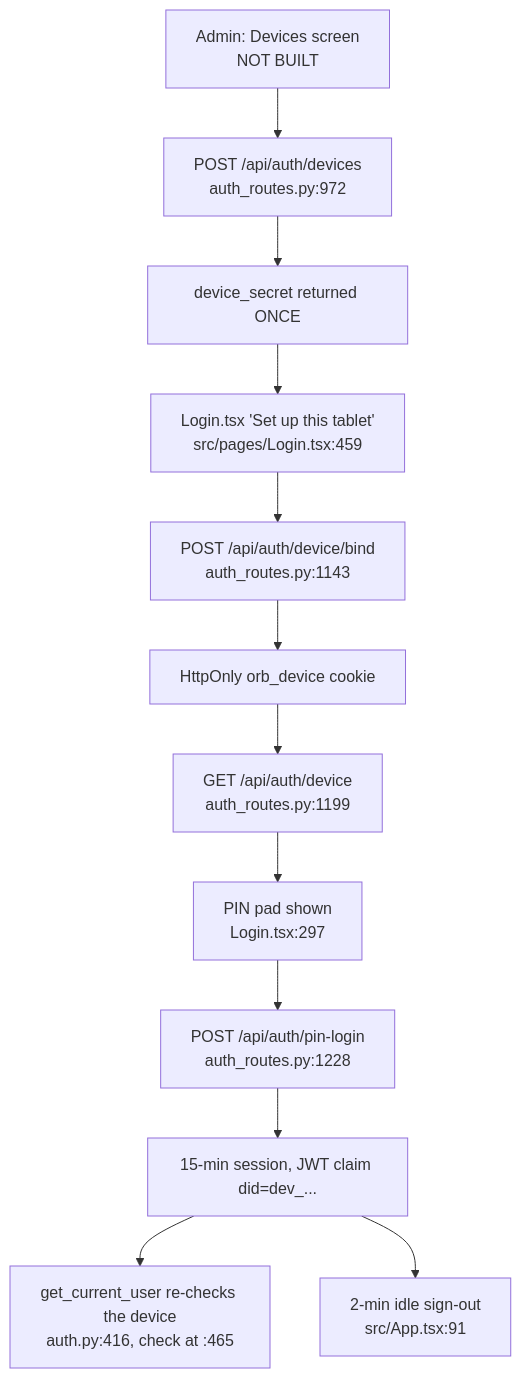
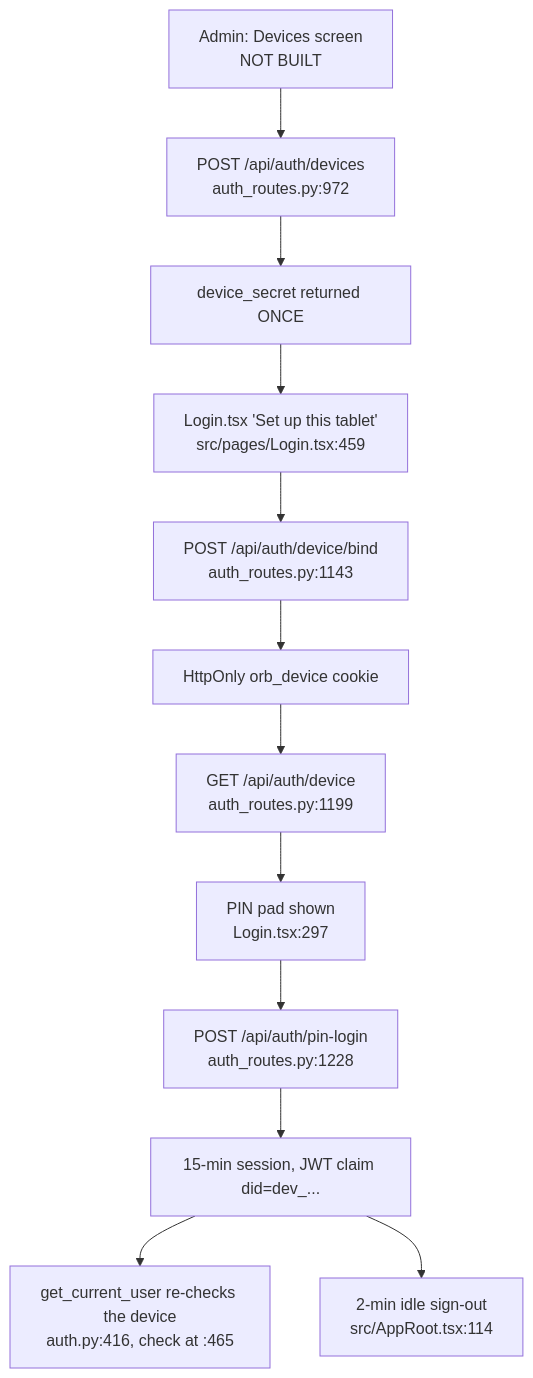
The first of 2 diagrams in docs/guide/33-pin-on-device-identity.md (samuelmorningstar23/Orb), drawn with Mermaid before and after one commit. The commit also changed other lines of this file and 284 other files, not shown here.

````diff
--- a/docs/guide/33-pin-on-device-identity.md
+++ b/docs/guide/33-pin-on-device-identity.md
@@ -33,14 +33,14 @@
 ```mermaid
 graph TD
   ADMIN[Admin: Devices screen<br/>NOT BUILT] --> ENROLL[POST /api/auth/devices<br/>auth_routes.py:972]
   ENROLL --> SECRET[device_secret returned ONCE]
   SECRET --> SETUP[Login.tsx 'Set up this tablet'<br/>src/pages/Login.tsx:459]
   SETUP --> BIND[POST /api/auth/device/bind<br/>auth_routes.py:1143]
   BIND --> COOKIE[HttpOnly orb_device cookie]
   COOKIE --> STATUS[GET /api/auth/device<br/>auth_routes.py:1199]
   STATUS --> PINPAD[PIN pad shown<br/>Login.tsx:297]
   PINPAD --> PINLOGIN[POST /api/auth/pin-login<br/>auth_routes.py:1228]
   PINLOGIN --> SESSION[15-min session, JWT claim did=dev_...]
   SESSION --> RECHECK[get_current_user re-checks the device<br/>auth.py:416, check at :465]
-  SESSION --> IDLE[2-min idle sign-out<br/>src/App.tsx:91]
+  SESSION --> IDLE[2-min idle sign-out<br/>src/AppRoot.tsx:114]
 ```
````
